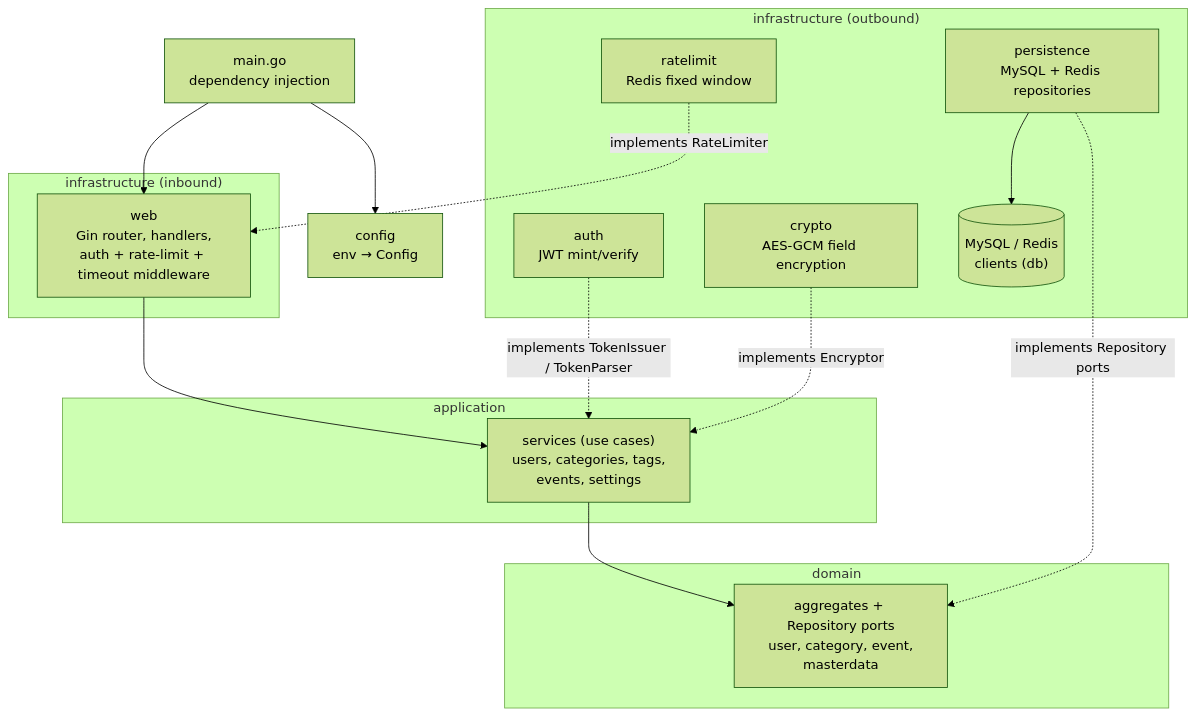
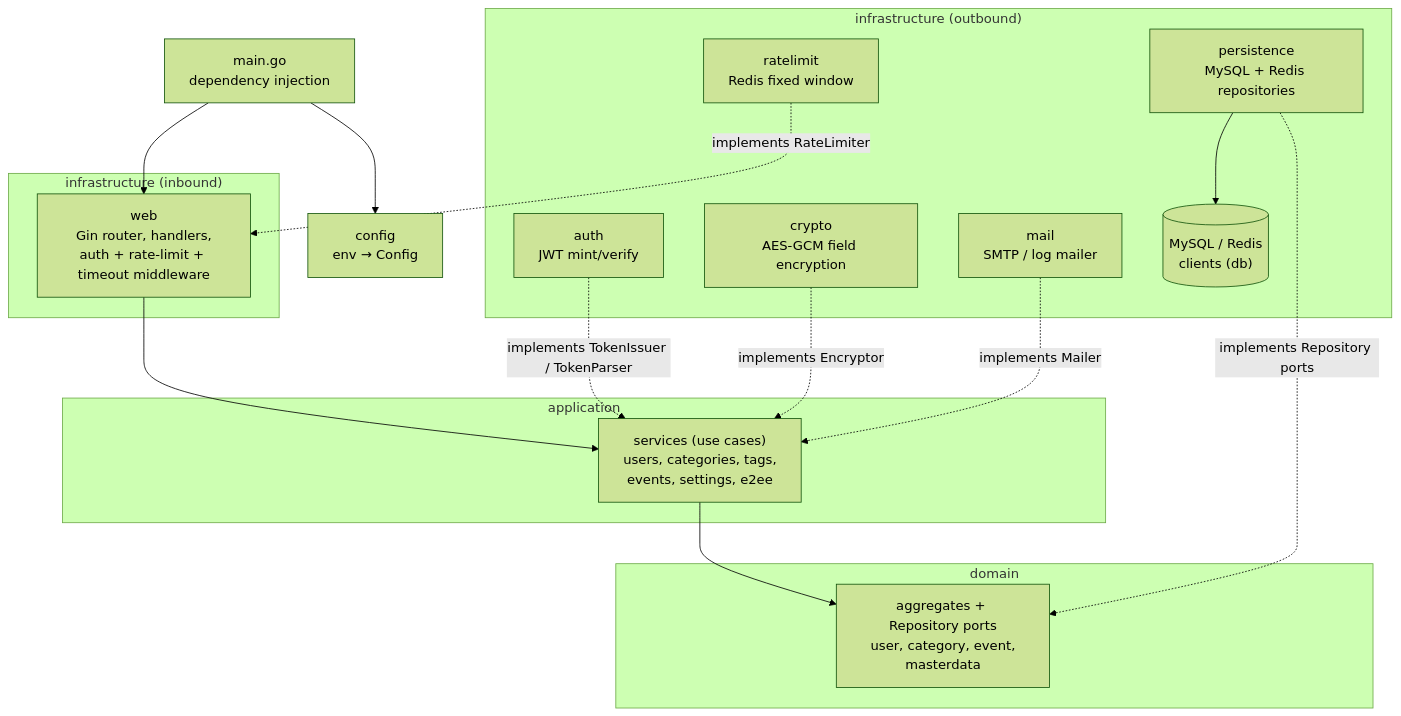
Before and after one commit to alkariin/homl: the diagram in homl-web/docs/architecture.md, drawn with Mermaid (forest theme). The commit also changed other lines of this file and 7 other files, not shown here.

````diff
--- a/homl-web/docs/architecture.md
+++ b/homl-web/docs/architecture.md
@@ -15,35 +15,37 @@
 ```mermaid
 flowchart TB
     subgraph infra_in ["infrastructure (inbound)"]
         WEB["web<br/>Gin router, handlers,<br/>auth + rate-limit + timeout middleware"]
     end
 
     subgraph app ["application"]
-        SVC["services (use cases)<br/>users, categories, tags,<br/>events, settings"]
+        SVC["services (use cases)<br/>users, categories, tags,<br/>events, settings, e2ee"]
     end
 
     subgraph dom ["domain"]
         MODEL["aggregates + Repository ports<br/>user, category, event,<br/>masterdata"]
     end
 
     subgraph infra_out ["infrastructure (outbound)"]
         PERS["persistence<br/>MySQL + Redis repositories"]
         AUTH["auth<br/>JWT mint/verify"]
         CRYPTO["crypto<br/>AES-GCM field encryption"]
         RL["ratelimit<br/>Redis fixed window"]
+        MAIL["mail<br/>SMTP / log mailer"]
         DB[("MySQL / Redis<br/>clients (db)")]
     end
 
     CFG["config<br/>env → Config"]
     MAIN["main.go<br/>dependency injection"]
 
     WEB --> SVC
     SVC --> MODEL
     PERS -. implements Repository ports .-> MODEL
     AUTH -. implements TokenIssuer / TokenParser .-> SVC
     CRYPTO -. implements Encryptor .-> SVC
+    MAIL -. implements Mailer .-> SVC
     RL -. implements RateLimiter .-> WEB
     PERS --> DB
     MAIN --> CFG
     MAIN --> WEB
 ```
````
